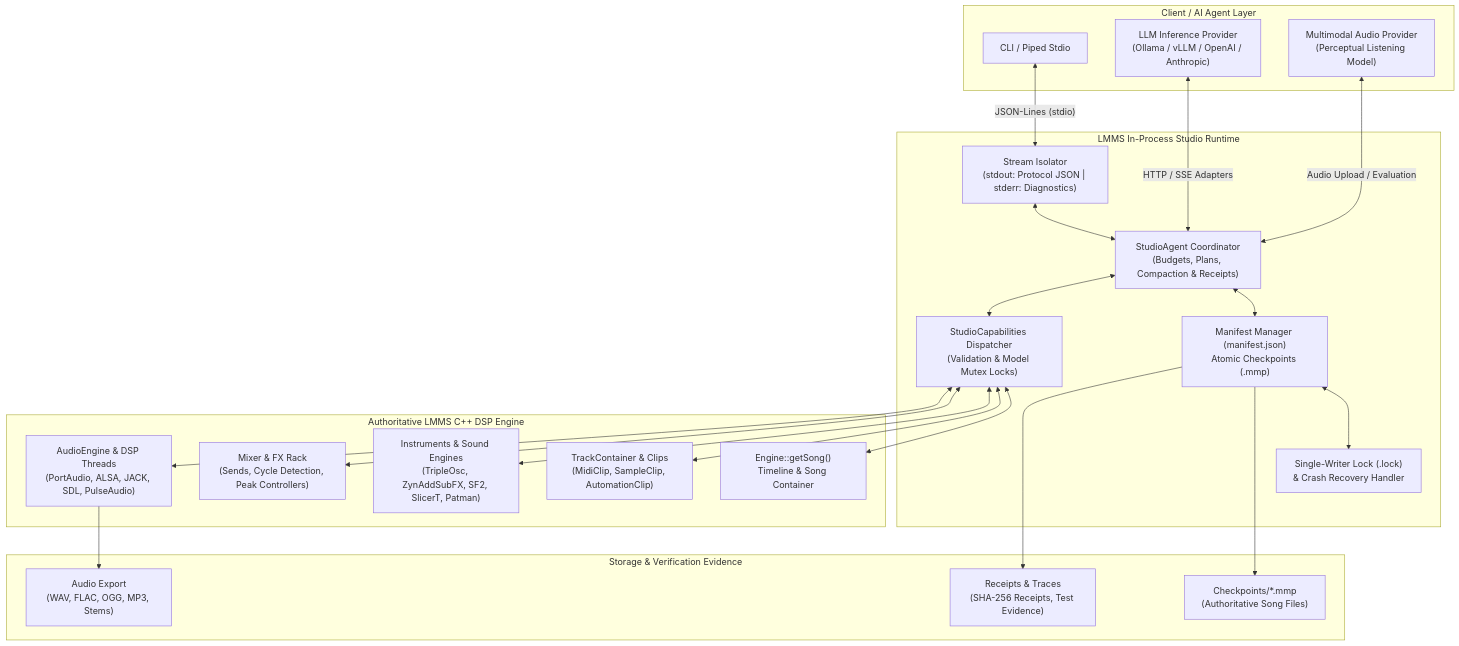
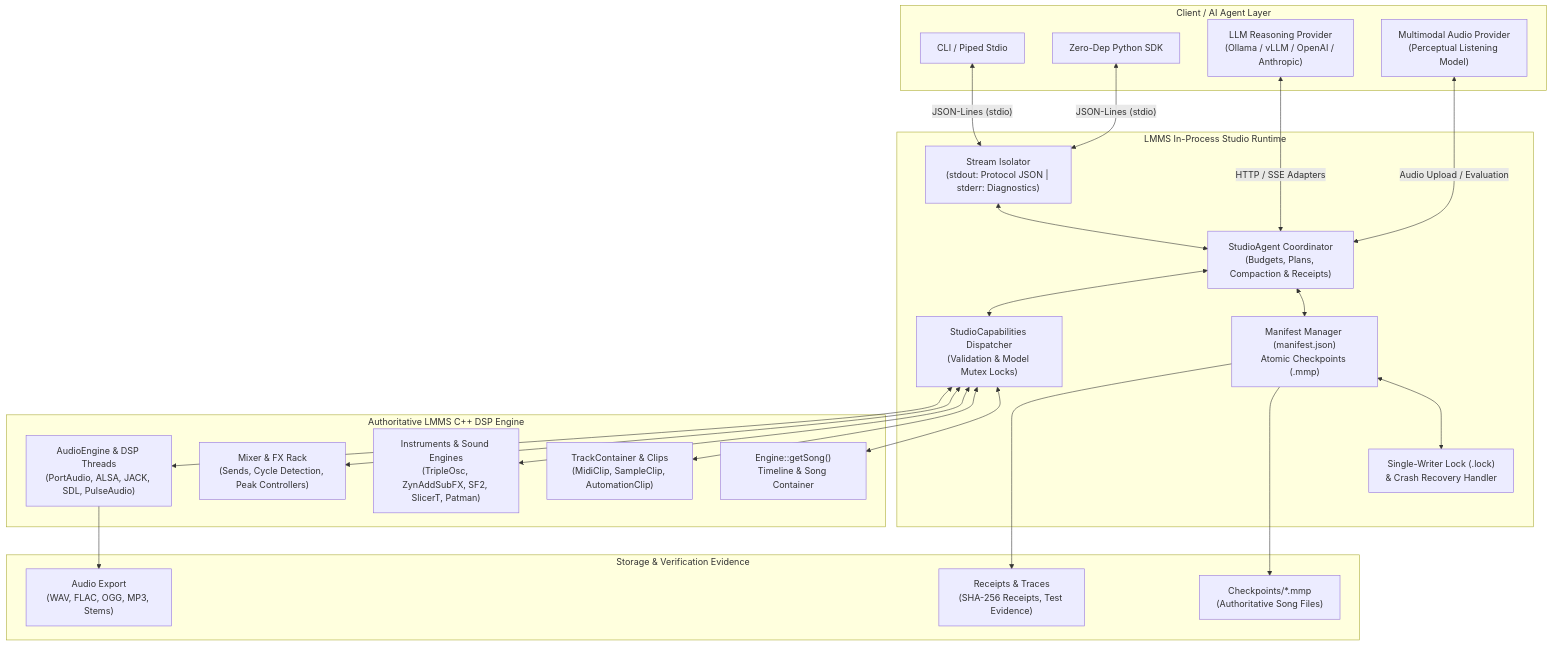
The diagram in README.md (CardSorting/heav3ns-muse), drawn with Mermaid before and after one commit. The commit also changed other lines of this file, not shown here.

Commit message:
docs: elevate developer UX with Python SDK, recipes, synth showcase & platform matrix

````diff
--- a/README.md
+++ b/README.md
@@ -118,46 +186,48 @@
 ```mermaid
 flowchart TD
     subgraph ClientLayer ["Client / AI Agent Layer"]
         CLI["CLI / Piped Stdio"]
-        LLM["LLM Inference Provider\n(Ollama / vLLM / OpenAI / Anthropic)"]
+        PySDK["Zero-Dep Python SDK"]
+        LLM["LLM Reasoning Provider\n(Ollama / vLLM / OpenAI / Anthropic)"]
         AudioModel["Multimodal Audio Provider\n(Perceptual Listening Model)"]
     end
 
     subgraph StudioRuntimeBoundary ["LMMS In-Process Studio Runtime"]
         StreamRouter["Stream Isolator\n(stdout: Protocol JSON | stderr: Diagnostics)"]
         LockManager["Single-Writer Lock (.lock)\n& Crash Recovery Handler"]
         TransactionMgr["Manifest Manager (manifest.json)\nAtomic Checkpoints (.mmp)"]
         AgentCoordinator["StudioAgent Coordinator\n(Budgets, Plans, Compaction & Receipts)"]
         Capabilities["StudioCapabilities Dispatcher\n(Validation & Model Mutex Locks)"]
     end
 
     subgraph NativeCore ["Authoritative LMMS C++ DSP Engine"]
         Song["Engine::getSong()\nTimeline & Song Container"]
         Tracks["TrackContainer & Clips\n(MidiClip, SampleClip, AutomationClip)"]
         Synths["Instruments & Sound Engines\n(TripleOsc, ZynAddSubFX, SF2, SlicerT, Patman)"]
         MixerCore["Mixer & FX Rack\n(Sends, Cycle Detection, Peak Controllers)"]
         AudioEng["AudioEngine & DSP Threads\n(PortAudio, ALSA, JACK, SDL, PulseAudio)"]
     end
 
     subgraph OutputLayer ["Storage & Verification Evidence"]
         MMP["Checkpoints/*.mmp\n(Authoritative Song Files)"]
         WAV["Audio Export\n(WAV, FLAC, OGG, MP3, Stems)"]
         Evidence["Receipts & Traces\n(SHA-256 Receipts, Test Evidence)"]
     end
 
     CLI <-->|"JSON-Lines (stdio)"| StreamRouter
+    PySDK <-->|"JSON-Lines (stdio)"| StreamRouter
     LLM <-->|"HTTP / SSE Adapters"| AgentCoordinator
     AudioModel <-->|"Audio Upload / Evaluation"| AgentCoordinator
     StreamRouter <--> AgentCoordinator
     AgentCoordinator <--> TransactionMgr
     AgentCoordinator <--> Capabilities
     TransactionMgr <--> LockManager
     Capabilities <--> Song
     Capabilities <--> Tracks
     Capabilities <--> Synths
     Capabilities <--> MixerCore
     Capabilities <--> AudioEng
     TransactionMgr --> MMP
     AudioEng --> WAV
     TransactionMgr --> Evidence
 ```
````
